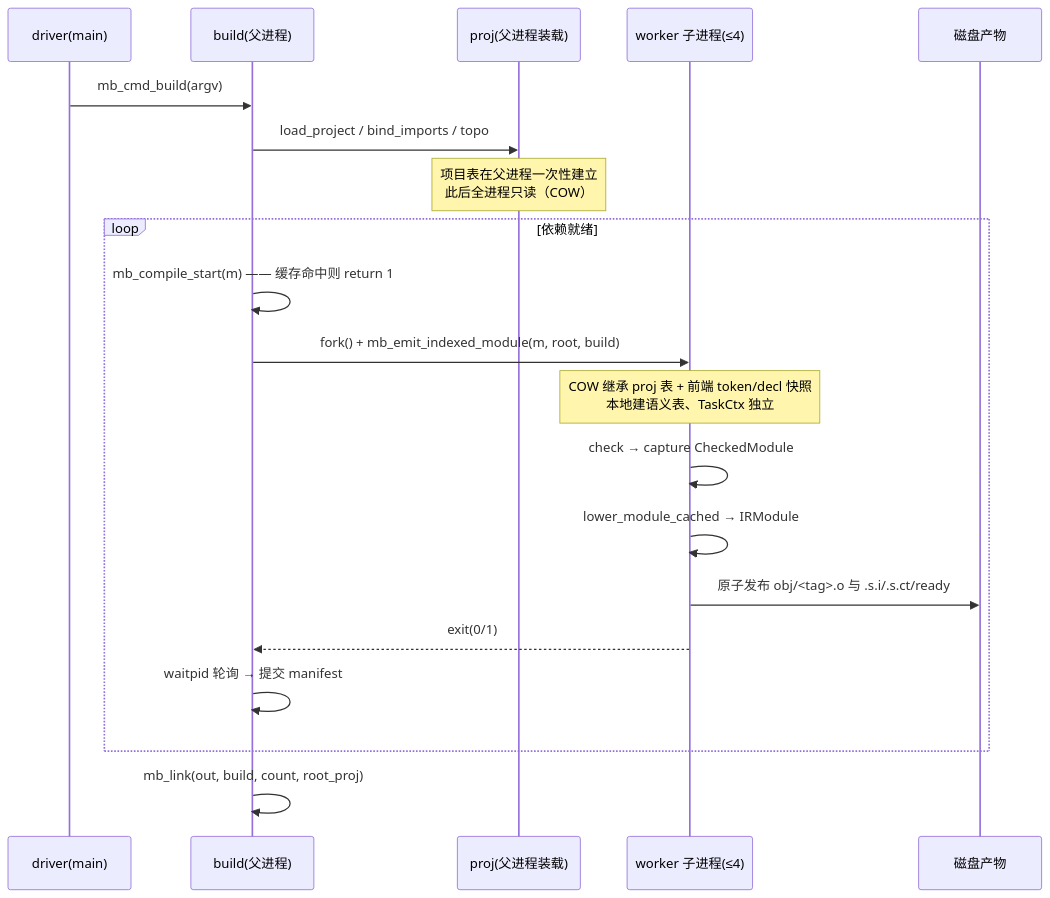
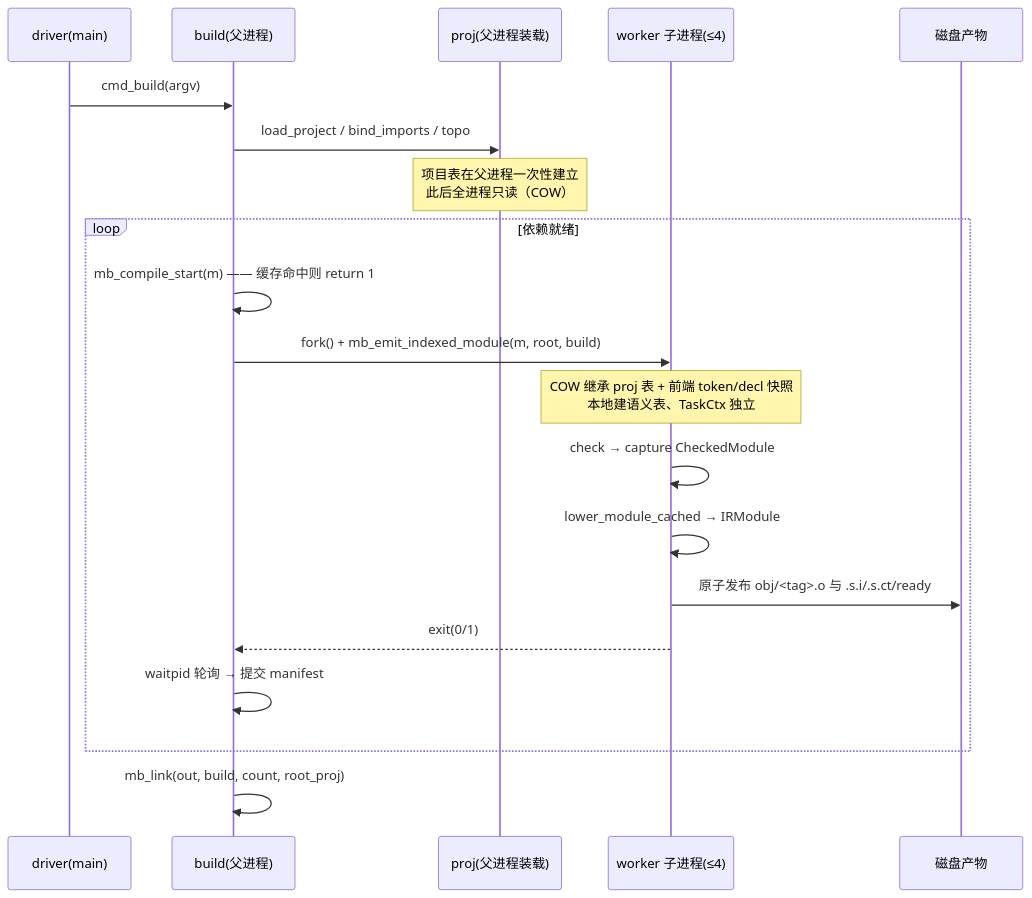
Before and after one commit to lalavender/x: the third of 4 diagrams in docs/02-plan/yh-构建态对象化与build拆分重新规划-2026-10-25.md, drawn with Mermaid. The commit also changed 301 other files, not shown here.

````diff
--- a/docs/02-plan/yh-构建态对象化与build拆分重新规划-2026-10-25.md
+++ b/docs/02-plan/yh-构建态对象化与build拆分重新规划-2026-10-25.md
@@ -330,23 +330,23 @@
 ```mermaid
 sequenceDiagram
   participant CLI as driver(main)
   participant B as build(父进程)
   participant P as proj(父进程装载)
   participant W as worker 子进程(≤4)
   participant FS as 磁盘产物
 
-  CLI->>B: mb_cmd_build(argv)
+  CLI->>B: cmd_build(argv)
   B->>P: load_project / bind_imports / topo
   Note over P: 项目表在父进程一次性建立<br/>此后全进程只读（COW）
   loop 依赖就绪
     B->>B: mb_compile_start(m) —— 缓存命中则 return 1
     B->>W: fork() + mb_emit_indexed_module(m, root, build)
     Note over W: COW 继承 proj 表 + 前端 token/decl 快照<br/>本地建语义表、TaskCtx 独立
     W->>W: check → capture CheckedModule
     W->>W: lower_module_cached → IRModule
     W->>FS: 原子发布 obj/<tag>.o 与 .s.i/.s.ct/ready
     W-->>B: exit(0/1)
     B->>B: waitpid 轮询 → 提交 manifest
   end
   B->>B: mb_link(out, build, count, root_proj)
 ```
````
